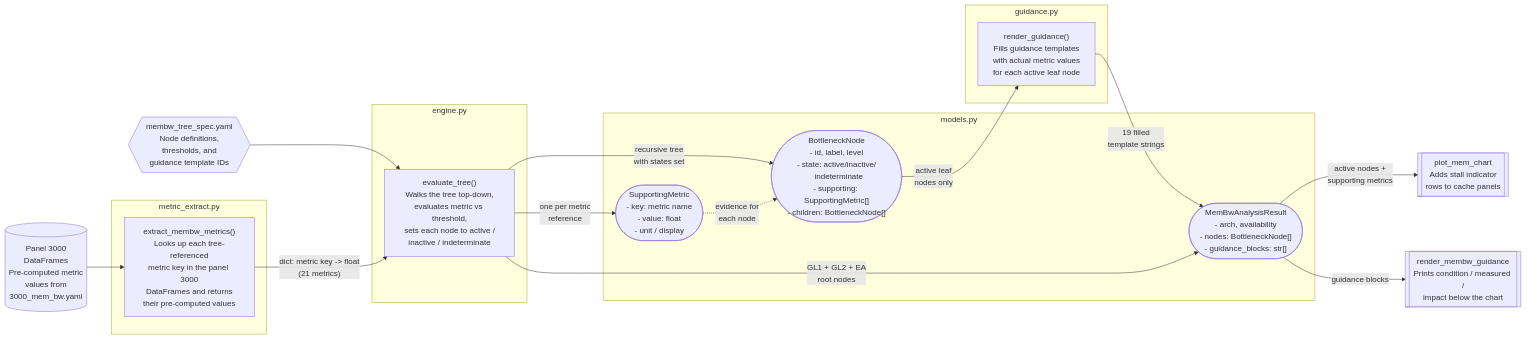
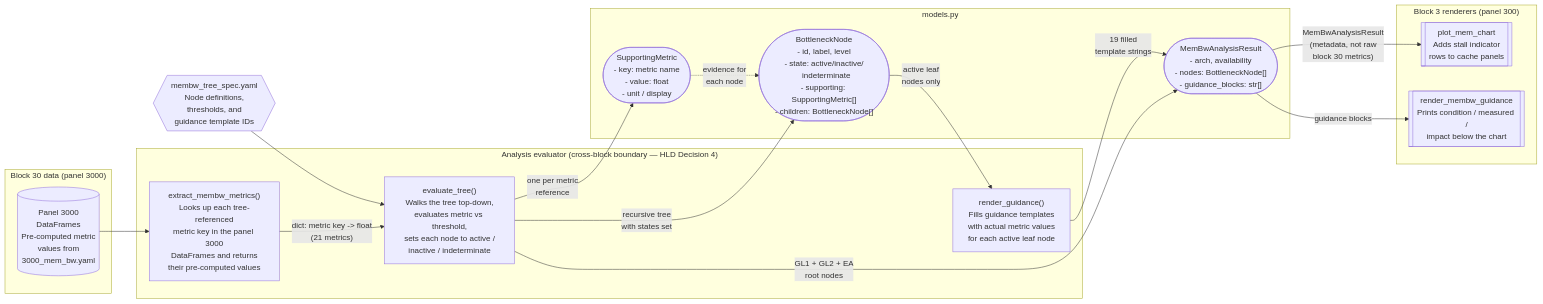
Before and after one commit to ROCm/rocm-systems: the first of 3 diagrams in projects/rocprofiler-compute/docs/design/lld-membw-guided-analysis-in-memchart.md, drawn with Mermaid. The commit also changed other lines of this file and 1 other file, not shown here.

Commit message:
doc(rocprofiler-compute): address review feedback on membw guided analysis design

````diff
--- a/projects/rocprofiler-compute/docs/design/lld-membw-guided-analysis-in-memchart.md
+++ b/projects/rocprofiler-compute/docs/design/lld-membw-guided-analysis-in-memchart.md
@@ -80,35 +80,38 @@
 ```mermaid
 flowchart LR
-    subgraph metric_extract.py
-        ME["extract_membw_metrics()\nLooks up each tree-referenced\nmetric key in the panel 3000\nDataFrames and returns\ntheir pre-computed values"]
+    subgraph block30 ["Block 30 data (panel 3000)"]
+        DF[(Panel 3000\nDataFrames\nPre-computed metric\nvalues from\n3000_mem_bw.yaml)]
     end
 
-    subgraph engine.py
+    subgraph evaluator ["Analysis evaluator (cross-block boundary — HLD Decision 4)"]
+        ME["extract_membw_metrics()\nLooks up each tree-referenced\nmetric key in the panel 3000\nDataFrames and returns\ntheir pre-computed values"]
         ENG["evaluate_tree()\nWalks the tree top-down,\nevaluates metric vs threshold,\nsets each node to active /\ninactive / indeterminate"]
-    end
-
-    subgraph guidance.py
         GR["render_guidance()\nFills guidance templates\nwith actual metric values\nfor each active leaf node"]
     end
 
     subgraph models.py
         SM(["SupportingMetric\n- key: metric name\n- value: float\n- unit / display"])
         BN(["BottleneckNode\n- id, label, level\n- state: active/inactive/\n  indeterminate\n- supporting: SupportingMetric[]\n- children: BottleneckNode[]"])
         AR(["MemBwAnalysisResult\n- arch, availability\n- nodes: BottleneckNode[]\n- guidance_blocks: str[]"])
     end
 
-    DF[(Panel 3000\nDataFrames\nPre-computed metric\nvalues from\n3000_mem_bw.yaml)] --> ME
+    subgraph block3 ["Block 3 renderers (panel 300)"]
+        MC[[plot_mem_chart\nAdds stall indicator\nrows to cache panels]]
+        RG[[render_membw_guidance\nPrints condition / measured /\nimpact below the chart]]
+    end
+
+    DF --> ME
     TS{{membw_tree_spec.yaml\nNode definitions,\nthresholds, and\nguidance template IDs}} --> ENG
 
     ME -- "dict: metric key -> float\n(21 metrics)" --> ENG
     ENG -- "one per metric\nreference" --> SM
     ENG -- "recursive tree\nwith states set" --> BN
     SM -. "evidence for\neach node" .-> BN
 
     BN -- "active leaf\nnodes only" --> GR
     GR -- "19 filled\ntemplate strings" --> AR
     ENG -- "GL1 + GL2 + EA\nroot nodes" --> AR
 
-    AR -- "active nodes +\nsupporting metrics" --> MC[[plot_mem_chart\nAdds stall indicator\nrows to cache panels]]
-    AR -- "guidance blocks" --> RG[[render_membw_guidance\nPrints condition / measured /\nimpact below the chart]]
+    AR -- "MemBwAnalysisResult\n(metadata, not raw\nblock 30 metrics)" --> MC
+    AR -- "guidance blocks" --> RG
 ```
````
